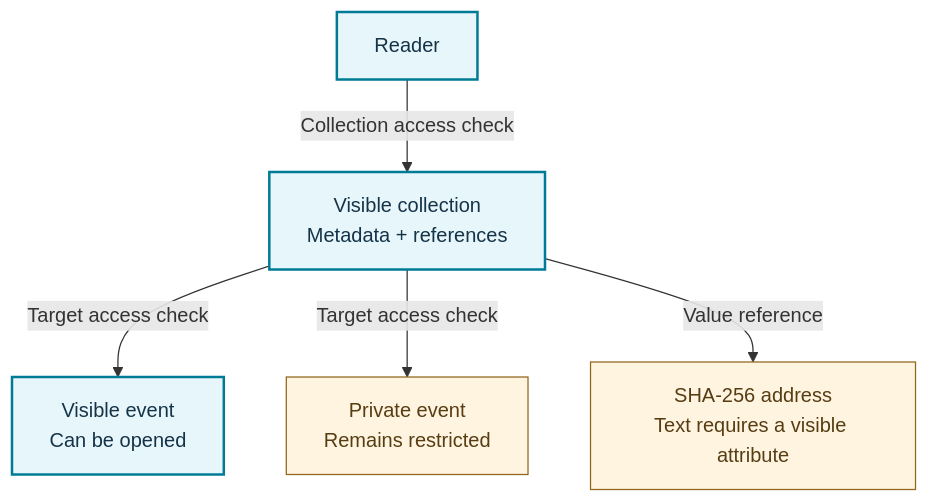
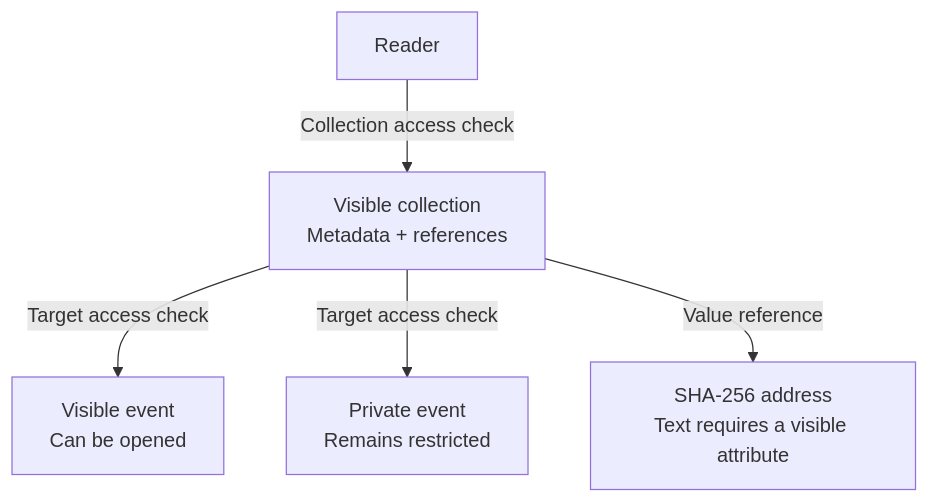
One commit to MISP/misp-book changed the diagram in collections/figures/collection-access.mmd. Above: the diagram before and after it, drawn with Mermaid. The commit also changed 43 other files, not shown here.

Commit message:
Apply a shared MISP theme and logo to all book diagrams

```diff
--- a/collections/figures/collection-access.mmd
+++ b/collections/figures/collection-access.mmd
@@ -1,11 +1,9 @@
 flowchart TB
   accTitle: A collection references intelligence without widening access to it
   accDescr: A reader first needs access to the collection and its list of references. Each target is checked independently. A visible event can be opened; a private event remains restricted. An attribute value reference uses a SHA-256 address; the value text resolves only through an attribute visible to that reader. Sharing the collection does not grant access to its targets.
   R["Reader"] -->|"Collection access check"| C["Visible collection<br/>Metadata + references"]
   C -->|"Target access check"| E["Visible event<br/>Can be opened"]
   C -->|"Target access check"| P["Private event<br/>Remains restricted"]
   C -->|"Value reference"| V["SHA-256 address<br/>Text requires a visible attribute"]
-  classDef shared fill:#e7f6fa,stroke:#007b96,color:#153448,stroke-width:2px;
-  classDef restricted fill:#fff4df,stroke:#91651c,color:#573d13;
-  class R,C,E shared;
-  class P,V restricted;
+  class R,C,E accent;
+  class P,V caution;
```
